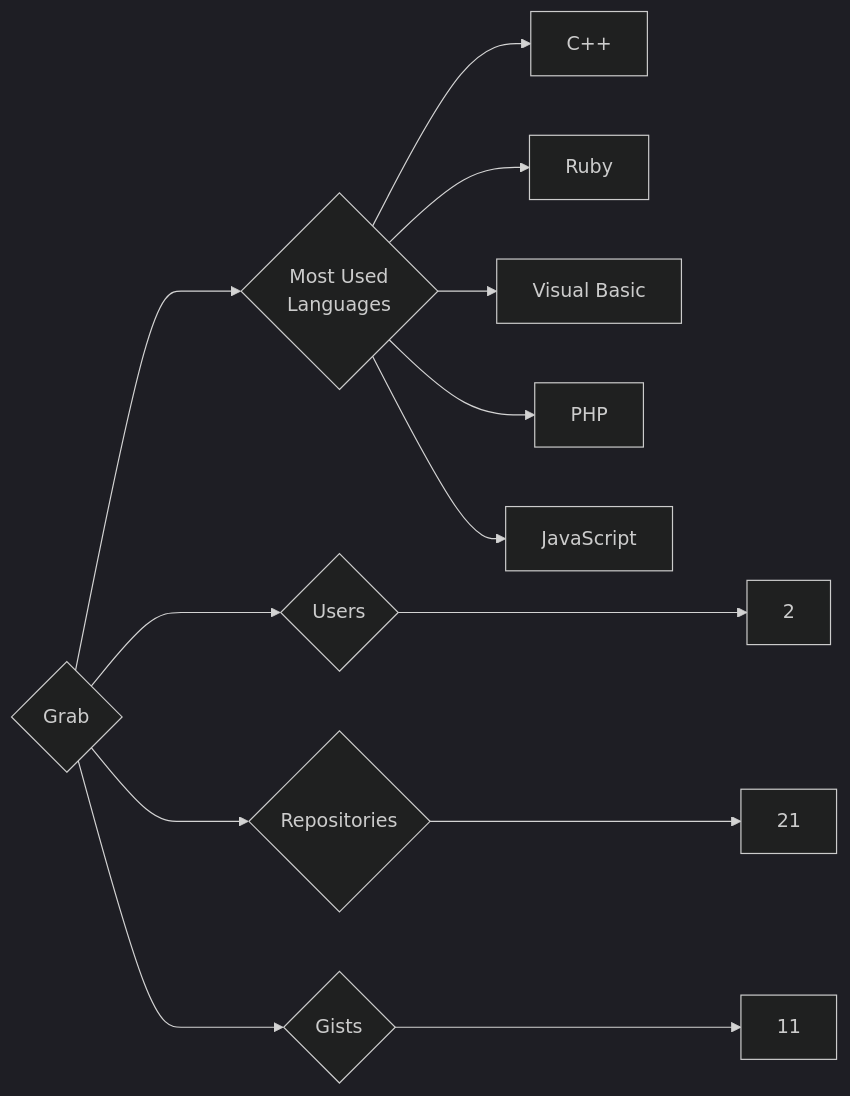
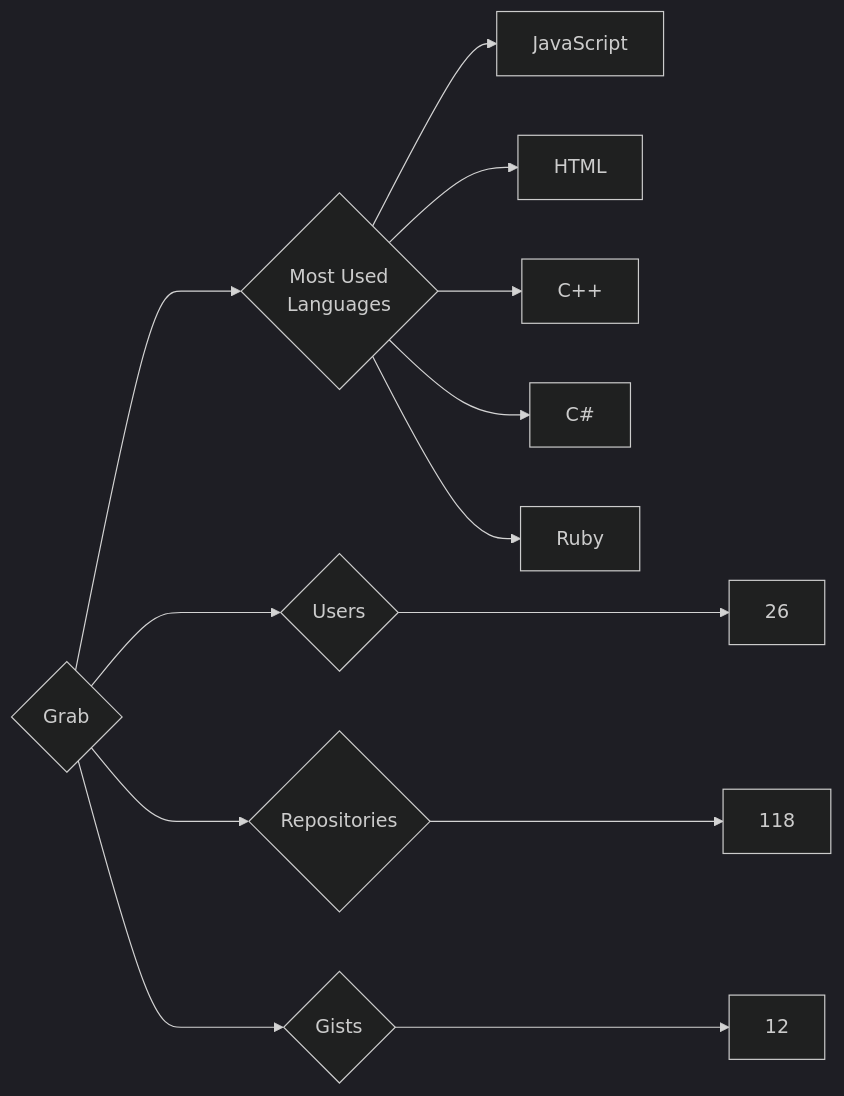
One commit to trickest/insiders changed the diagram in targets/Grab/README.md. Above: the diagram before and after it, drawn with Mermaid (dark theme). The commit also changed 934 other files, not shown here.

````diff
--- a/targets/Grab/README.md
+++ b/targets/Grab/README.md
@@ -3,13 +3,13 @@
 ```mermaid
 graph LR
 COMPANY_NAME{Grab}
-COMPANY_NAME ---> U{Users} ---> UN[2]
-COMPANY_NAME ---> R{Repositories} ---> RN[21]
-COMPANY_NAME ---> G{Gists} ---> GN[11]
+COMPANY_NAME ---> U{Users} ---> UN[26]
+COMPANY_NAME ---> R{Repositories} ---> RN[118]
+COMPANY_NAME ---> G{Gists} ---> GN[12]
 COMPANY_NAME ---> ML{Most Used<br>Languages}
+ML --> JavaScript[JavaScript]
+ML --> HTML[HTML]
 ML --> C++[C++]
+ML --> C#[C#]
 ML --> Ruby[Ruby]
-ML --> Visual_Basic[Visual Basic]
-ML --> PHP[PHP]
-ML --> JavaScript[JavaScript]
 ```
````
